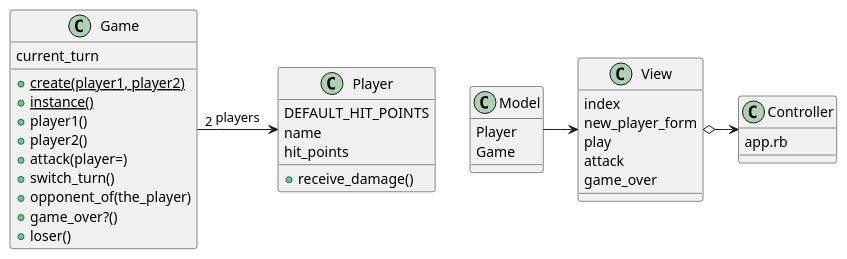
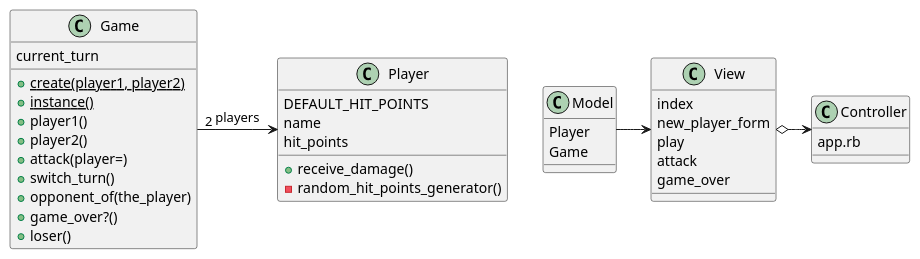
Before and after one commit to meta-morpho-sys/new_battle2: the diagram in battle.puml, drawn with PlantUML. The commit also changed 6 other files, not shown here.

```diff
--- a/battle.puml
+++ b/battle.puml
@@ -1,45 +1,46 @@
 @startuml
 
 class Game {
     +{static} create(player1, player2)
     +{static} instance()
     current_turn
     +player1()
     +player2()
     +attack(player=)
     +switch_turn()
     +opponent_of(the_player)
     +game_over?()
     +loser()
 }
 
 class Player {
     DEFAULT_HIT_POINTS
     name
     hit_points
     +receive_damage()
+    -random_hit_points_generator()
 }
 
 class Model {
     Player
     Game
 }
 
 class Controller {
     app.rb
 }
 
 class View {
     index
     new_player_form
     play
     attack
     game_over
 }
 
 Game -> Player :"2" players
 
 Model ->View
 View o-> Controller
 
 @enduml
```
